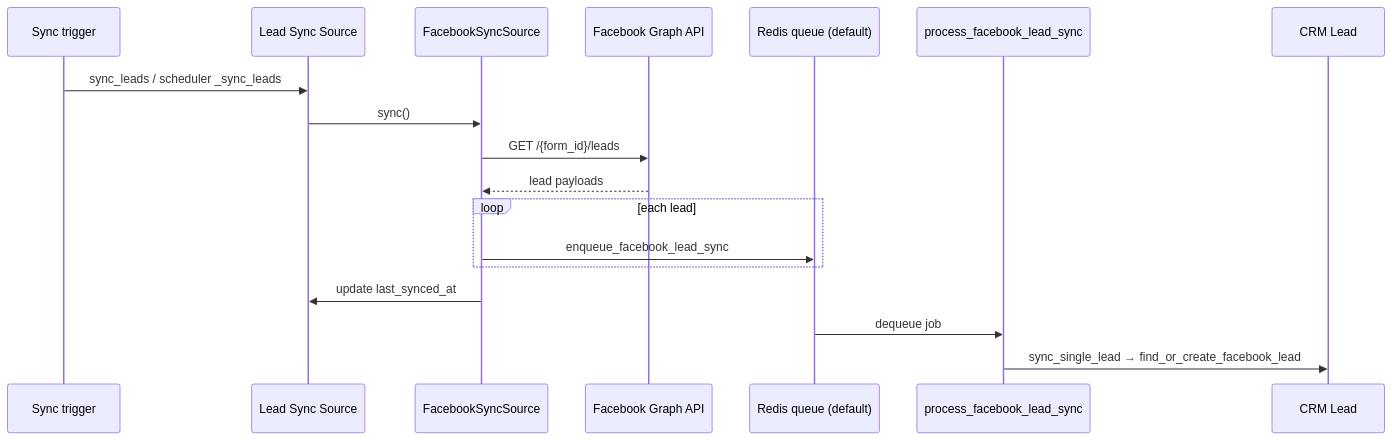
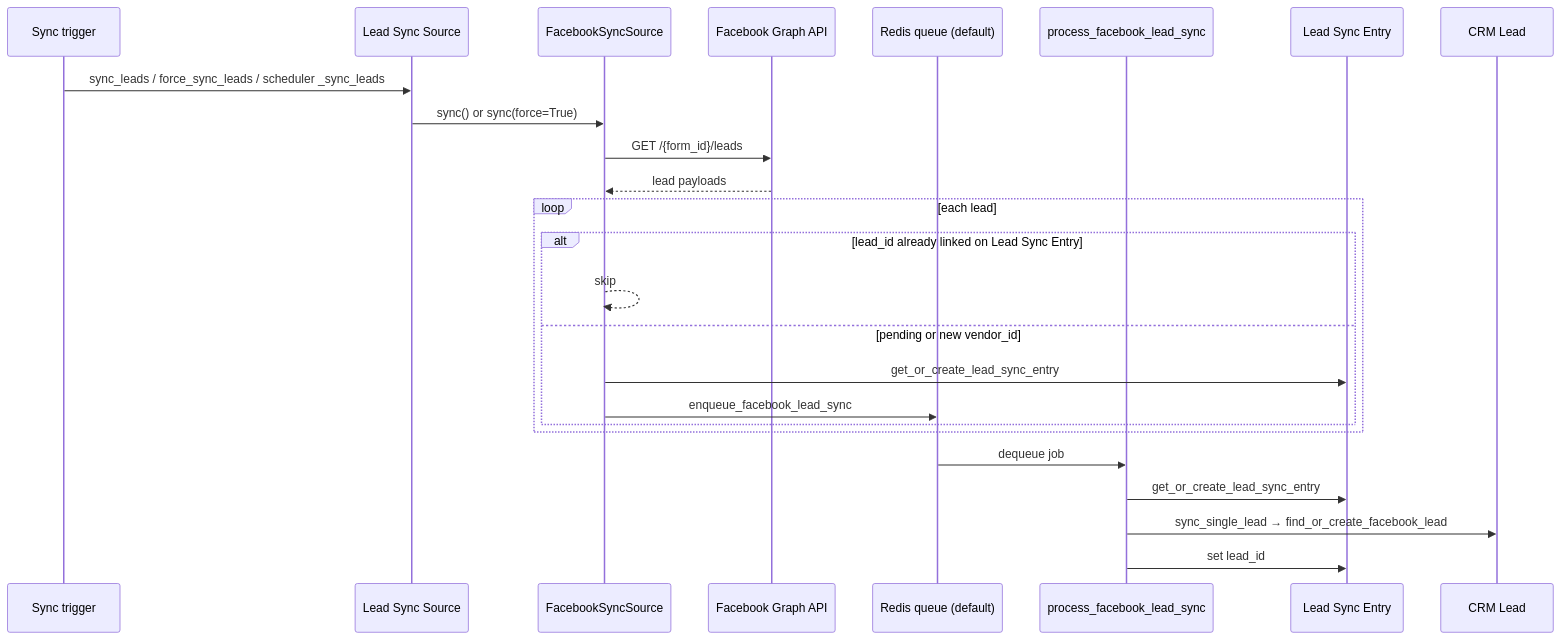
Before and after one commit to CarrumMobility/frappe-core: the second of 2 diagrams in docs/technical/lead_sync_source.md, drawn with Mermaid. The commit also changed other lines of this file and 8 other files, not shown here.

````diff
--- a/docs/technical/lead_sync_source.md
+++ b/docs/technical/lead_sync_source.md
@@ -186,21 +222,28 @@
 ```mermaid
 sequenceDiagram
     participant UI as Sync trigger
     participant LSS as Lead Sync Source
     participant FBS as FacebookSyncSource
     participant FB as Facebook Graph API
     participant RQ as Redis queue (default)
     participant W as process_facebook_lead_sync
+    participant LSE as Lead Sync Entry
     participant CRM as CRM Lead
 
-    UI->>LSS: sync_leads / scheduler _sync_leads
-    LSS->>FBS: sync()
+    UI->>LSS: sync_leads / force_sync_leads / scheduler _sync_leads
+    LSS->>FBS: sync() or sync(force=True)
     FBS->>FB: GET /{form_id}/leads
     FB-->>FBS: lead payloads
     loop each lead
-        FBS->>RQ: enqueue_facebook_lead_sync
+        alt lead_id already linked on Lead Sync Entry
+            FBS-->>FBS: skip
+        else pending or new vendor_id
+            FBS->>LSE: get_or_create_lead_sync_entry
+            FBS->>RQ: enqueue_facebook_lead_sync
+        end
     end
-    FBS->>LSS: update last_synced_at
     RQ->>W: dequeue job
+    W->>LSE: get_or_create_lead_sync_entry
     W->>CRM: sync_single_lead → find_or_create_facebook_lead
+    W->>LSE: set lead_id
 ```
````
